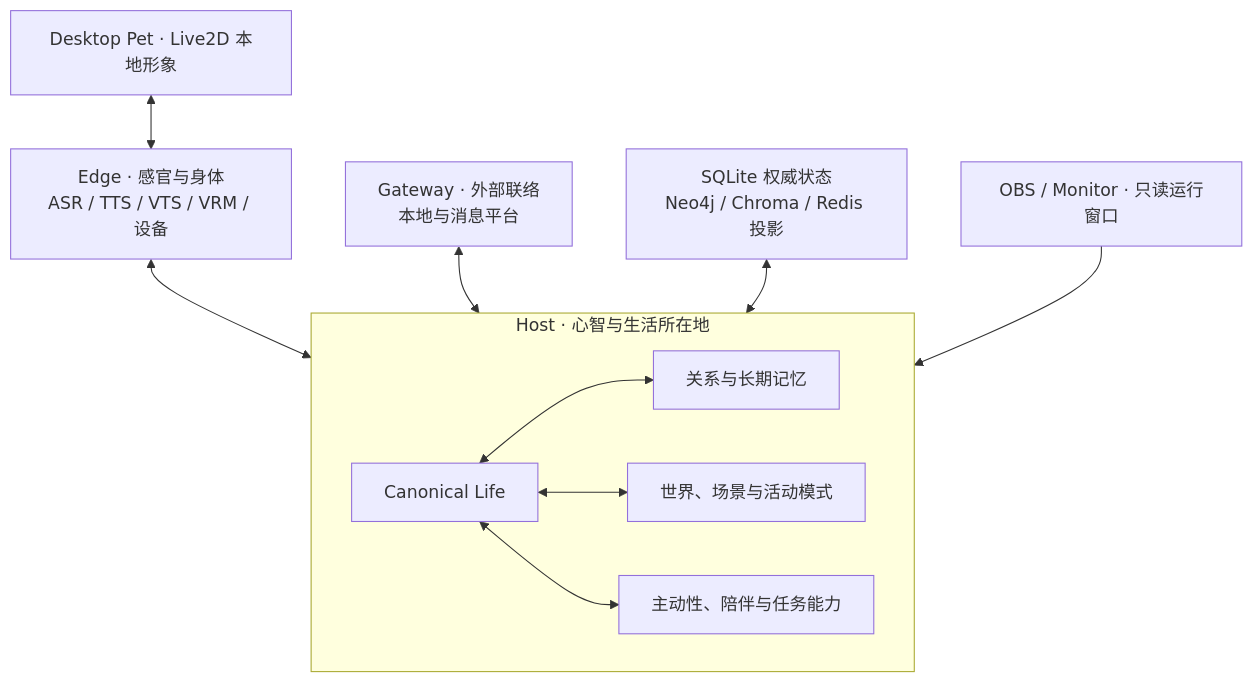
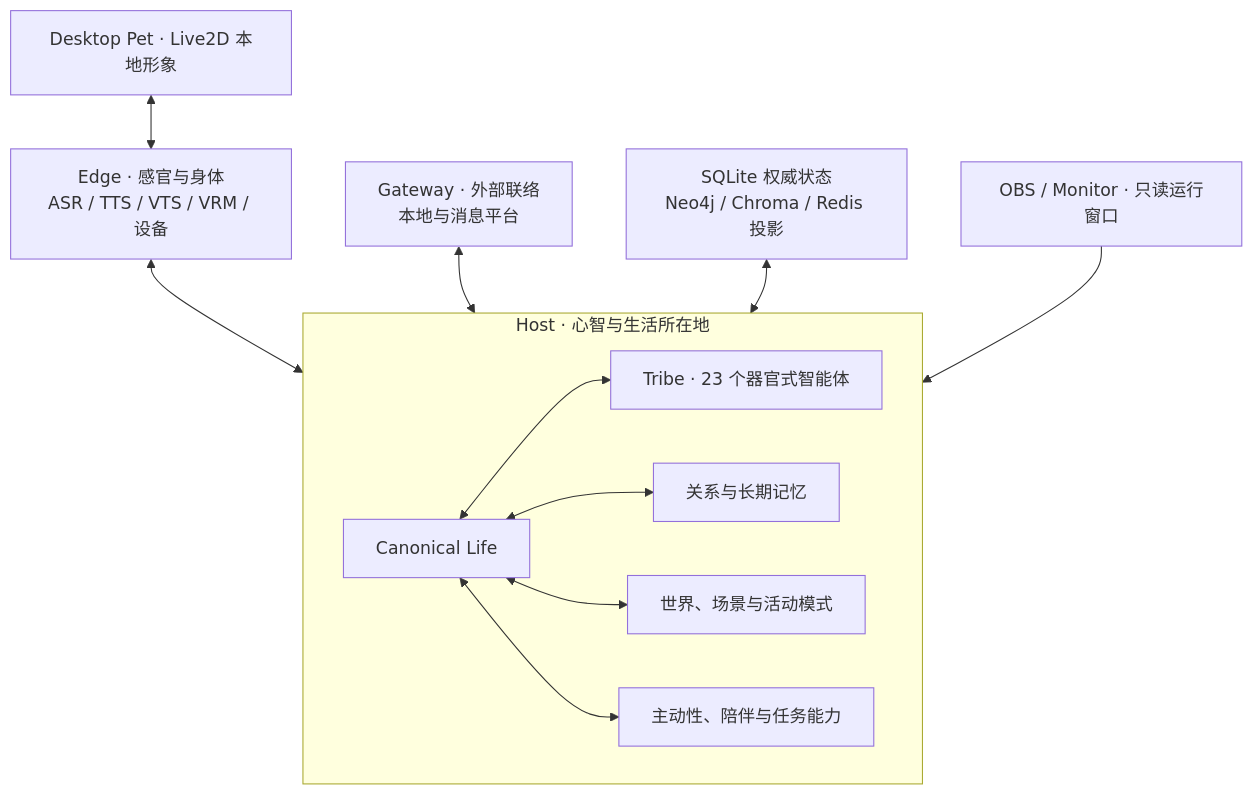
One commit to SakuraYoruno/Natsume_Ai changed the third of 3 diagrams in README.md. Above: the diagram before and after it, drawn with Mermaid. The commit also changed other lines of this file and 7 other files, not shown here.

````diff
--- a/README.md
+++ b/README.md
@@ -111,18 +152,20 @@
 ```mermaid
 flowchart TB
     subgraph HOST["Host · 心智与生活所在地"]
         LIFE["Canonical Life"]
+        TRIBE["Tribe · 23 个器官式智能体"]
         MEM["关系与长期记忆"]
         WORLD["世界、场景与活动模式"]
         AGENCY["主动性、陪伴与任务能力"]
+        LIFE <--> TRIBE
         LIFE <--> MEM
         LIFE <--> WORLD
         LIFE <--> AGENCY
     end
 
     EDGE["Edge · 感官与身体<br/>ASR / TTS / VTS / VRM / 设备"] <--> HOST
     GATEWAY["Gateway · 外部联络<br/>本地与消息平台"] <--> HOST
     STORE["SQLite 权威状态<br/>Neo4j / Chroma / Redis 投影"] <--> HOST
     MONITOR["OBS / Monitor · 只读运行窗口"] --> HOST
     PET["Desktop Pet · Live2D 本地形象"] <--> EDGE
 ```
````
